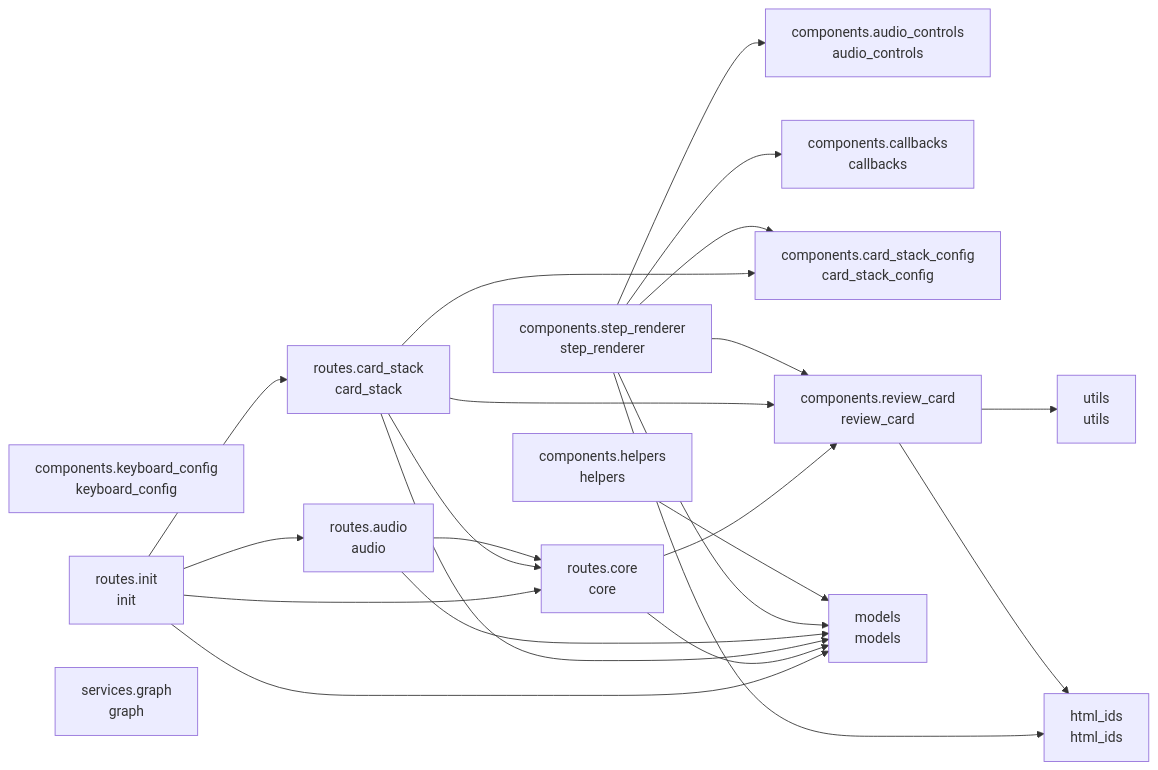
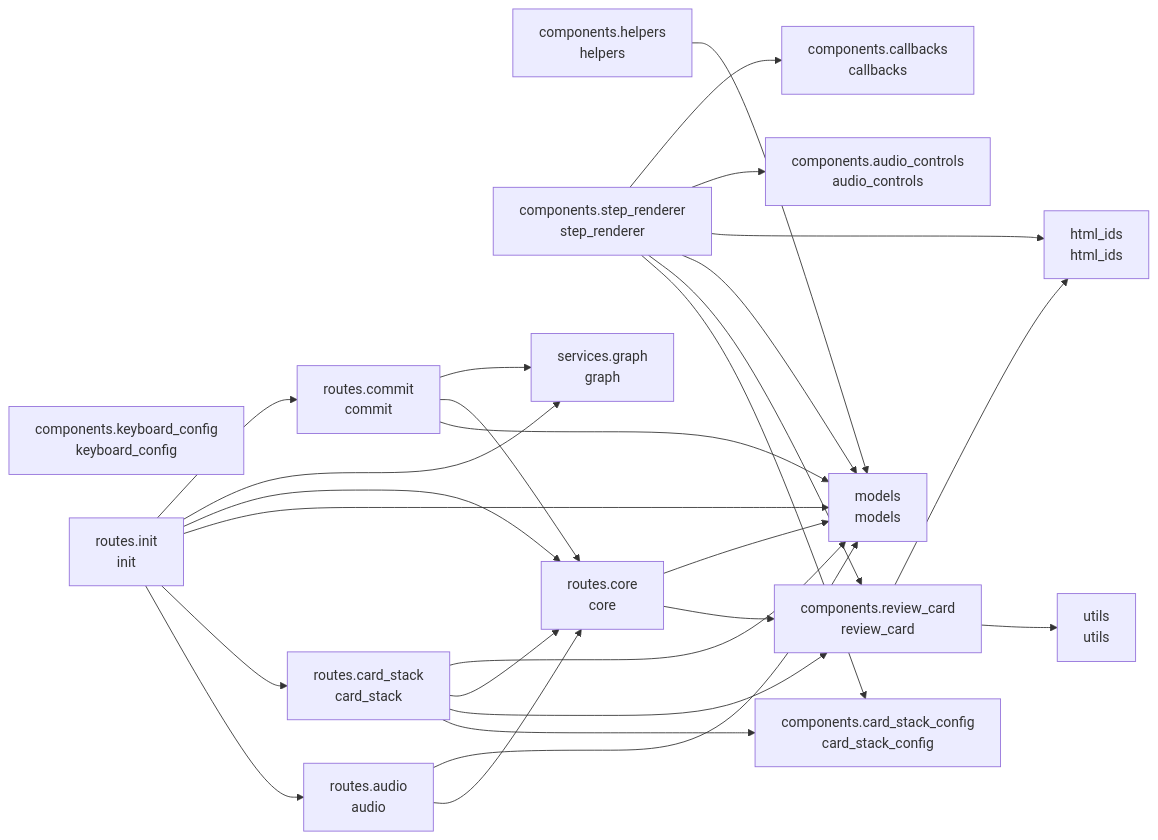
Before and after one commit to cj-mills/cjm-transcript-review: the diagram in README.md, drawn with Mermaid. The commit also changed other lines of this file and 7 other files, not shown here.

Commit message:
Phase 5: Add commit integration with GraphService, timed alerts, and demo app commit button.

````diff
--- a/README.md
+++ b/README.md
@@ -38,40 +39,46 @@
 ``` mermaid
 graph LR
     components_audio_controls[components.audio_controls<br/>audio_controls]
     components_callbacks[components.callbacks<br/>callbacks]
     components_card_stack_config[components.card_stack_config<br/>card_stack_config]
     components_helpers[components.helpers<br/>helpers]
     components_keyboard_config[components.keyboard_config<br/>keyboard_config]
     components_review_card[components.review_card<br/>review_card]
     components_step_renderer[components.step_renderer<br/>step_renderer]
     html_ids[html_ids<br/>html_ids]
     models[models<br/>models]
     routes_audio[routes.audio<br/>audio]
     routes_card_stack[routes.card_stack<br/>card_stack]
+    routes_commit[routes.commit<br/>commit]
     routes_core[routes.core<br/>core]
     routes_init[routes.init<br/>init]
     services_graph[services.graph<br/>graph]
     utils[utils<br/>utils]
 
     components_helpers --> models
     components_review_card --> utils
     components_review_card --> html_ids
     components_step_renderer --> components_card_stack_config
-    components_step_renderer --> components_callbacks
-    components_step_renderer --> components_audio_controls
     components_step_renderer --> components_review_card
     components_step_renderer --> models
     components_step_renderer --> html_ids
+    components_step_renderer --> components_audio_controls
+    components_step_renderer --> components_callbacks
     routes_audio --> routes_core
     routes_audio --> models
-    routes_card_stack --> routes_core
     routes_card_stack --> components_card_stack_config
     routes_card_stack --> components_review_card
+    routes_card_stack --> routes_core
     routes_card_stack --> models
+    routes_commit --> models
+    routes_commit --> routes_core
+    routes_commit --> services_graph
     routes_core --> components_review_card
     routes_core --> models
     routes_init --> routes_audio
+    routes_init --> routes_card_stack
+    routes_init --> models
     routes_init --> routes_core
-    routes_init --> models
-    routes_init --> routes_card_stack
+    routes_init --> services_graph
+    routes_init --> routes_commit
 ```
````
